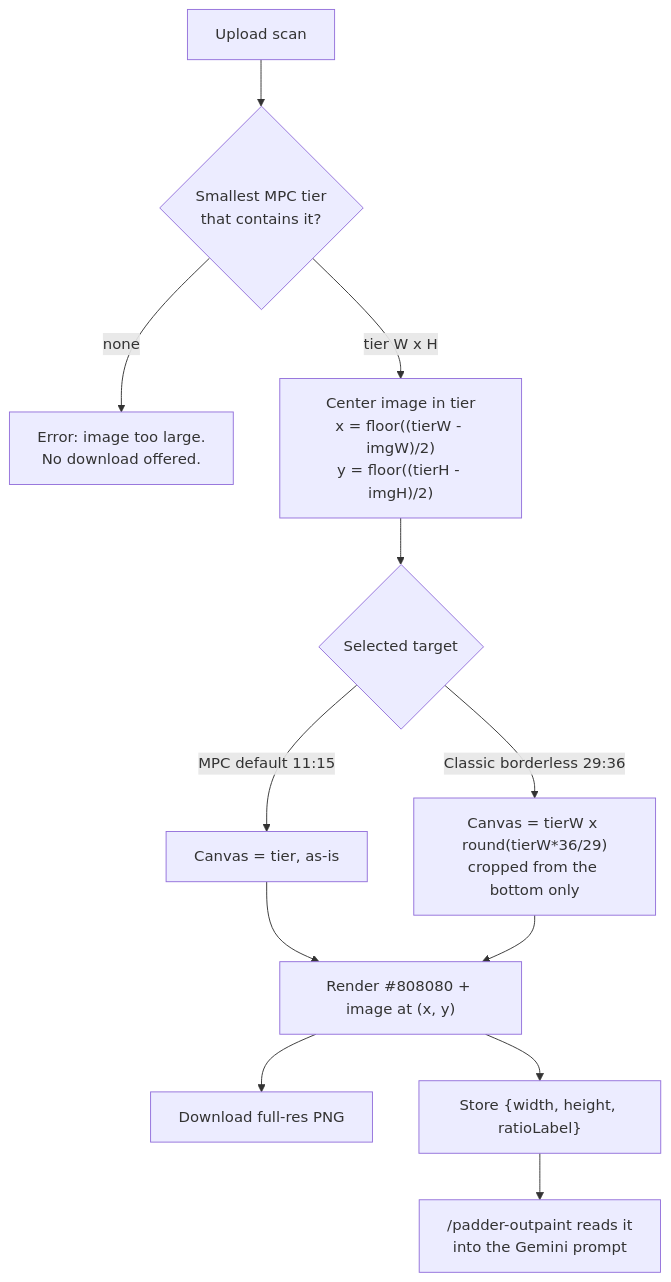
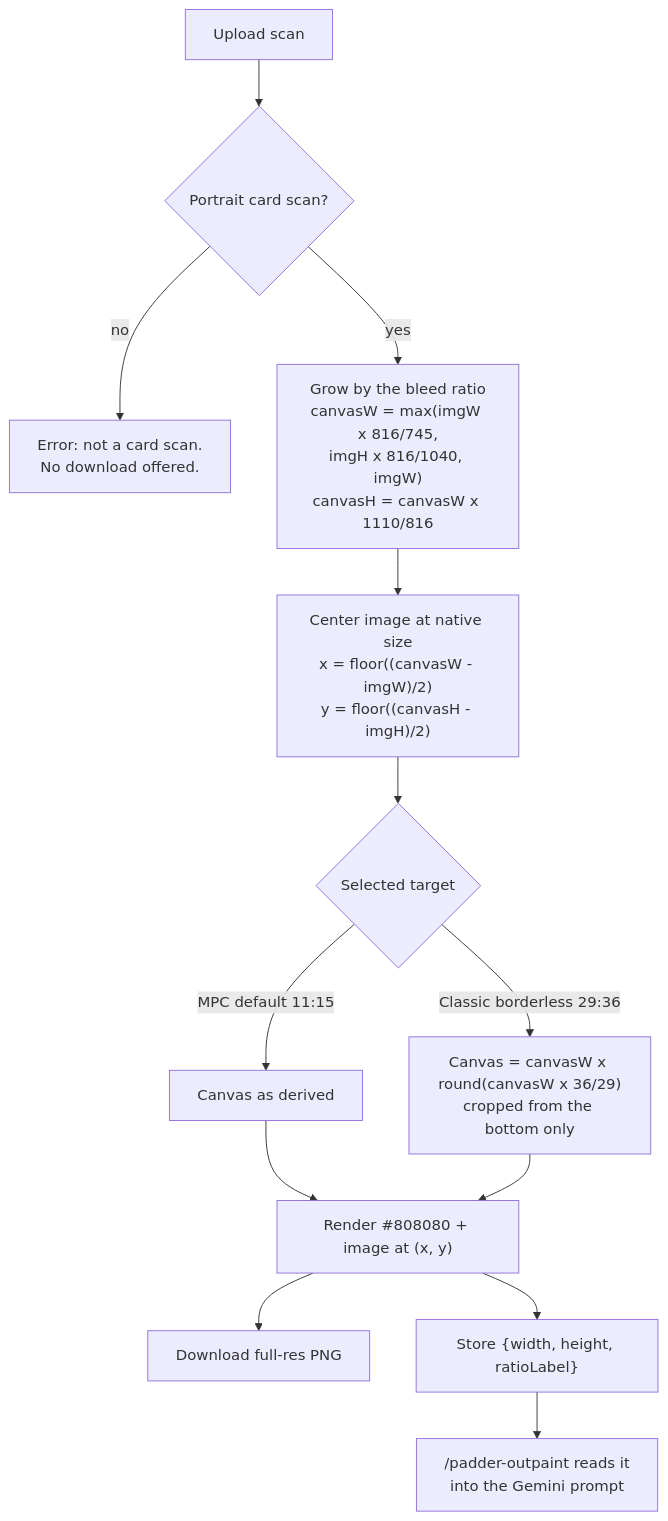
Before and after one commit to alfredskeden/mpctools: the second of 5 diagrams in plans/implan-scryfall-scan-padder/MENTAL_MODEL.md, drawn with Mermaid. The commit also changed other lines of this file and 10 other files, not shown here.

````diff
--- a/plans/implan-scryfall-scan-padder/MENTAL_MODEL.md
+++ b/plans/implan-scryfall-scan-padder/MENTAL_MODEL.md
@@ -26,14 +26,15 @@
 ```mermaid
 flowchart TD
-  U["Upload scan"] --> T{"Smallest MPC tier<br/>that contains it?"}
-  T -- none --> E["Error: image too large.<br/>No download offered."]
-  T -- "tier W x H" --> C["Center image in tier<br/>x = floor((tierW - imgW)/2)<br/>y = floor((tierH - imgH)/2)"]
-  C --> S{"Selected target"}
-  S -- "MPC default 11:15" --> A["Canvas = tier, as-is"]
-  S -- "Classic borderless 29:36" --> B["Canvas = tierW x round(tierW*36/29)<br/>cropped from the bottom only"]
+  U["Upload scan"] --> T{"Portrait card scan?"}
+  T -- no --> E["Error: not a card scan.<br/>No download offered."]
+  T -- yes --> C["Grow by the bleed ratio<br/>canvasW = max(imgW x 816/745,<br/>imgH x 816/1040, imgW)<br/>canvasH = canvasW x 1110/816"]
+  C --> P["Center image at native size<br/>x = floor((canvasW - imgW)/2)<br/>y = floor((canvasH - imgH)/2)"]
+  P --> S{"Selected target"}
+  S -- "MPC default 11:15" --> A["Canvas as derived"]
+  S -- "Classic borderless 29:36" --> B["Canvas = canvasW x round(canvasW x 36/29)<br/>cropped from the bottom only"]
   A --> R["Render #808080 + image at (x, y)"]
   B --> R
   R --> DL["Download full-res PNG"]
   R --> H["Store {width, height, ratioLabel}"]
   H --> O["/padder-outpaint reads it<br/>into the Gemini prompt"]
 ```
````
